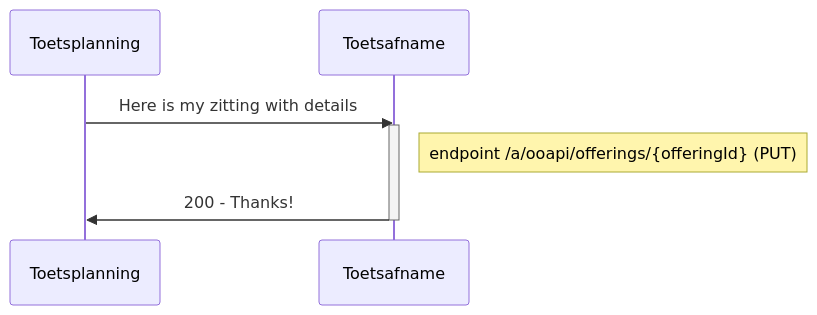
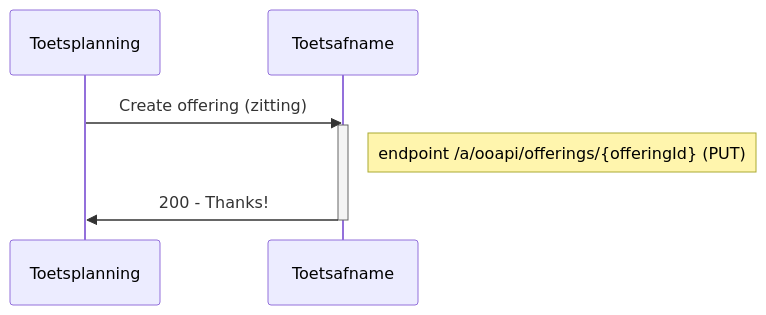
The first of 8 diagrams in doc/flow2.md (NetwerkExamineringDigitalisering/NED-OOAPI), drawn with Mermaid before and after one commit. The commit also changed other lines of this file, not shown here.

First line of the commit message:
Update flow2.md

````diff
--- a/doc/flow2.md
+++ b/doc/flow2.md
@@ -11,8 +11,8 @@
 ```mermaid
 sequenceDiagram
-    Toetsplanning->>Toetsafname: Here is my zitting with details
+    Toetsplanning->>Toetsafname: Create offering (zitting)
     activate Toetsafname
     Note right of Toetsafname: endpoint /a/ooapi/offerings/{offeringId} (PUT)
     Toetsafname->>Toetsplanning: 200 - Thanks!
     deactivate Toetsafname
 ```
````
